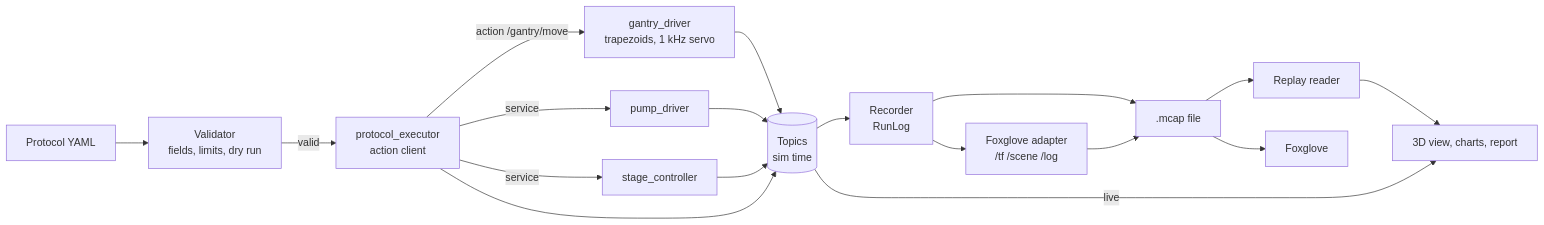
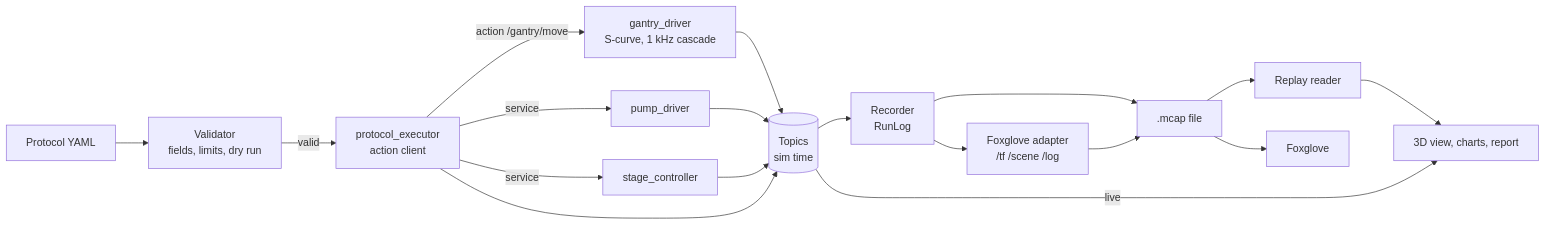
One commit to yashvardhancse/labtwin changed the diagram in README.md. Above: the diagram before and after it, drawn with Mermaid. The commit also changed other lines of this file and 8 other files, not shown here.

````diff
--- a/README.md
+++ b/README.md
@@ -45,20 +45,20 @@
 ```mermaid
 flowchart LR
   P[Protocol YAML] --> V[Validator<br/>fields, limits, dry run]
   V -->|valid| E[protocol_executor<br/>action client]
-  E -->|action /gantry/move| G[gantry_driver<br/>trapezoids, 1 kHz servo]
+  E -->|action /gantry/move| G[gantry_driver<br/>S-curve, 1 kHz cascade]
   E -->|service| PU[pump_driver]
   E -->|service| S[stage_controller]
   G --> T[(Topics<br/>sim time)]
   PU --> T
   S --> T
   E --> T
   T --> R[Recorder<br/>RunLog]
   R --> FA[Foxglove adapter<br/>/tf /scene /log]
   R --> M[.mcap file]
   FA --> M
   M --> RP[Replay reader]
   RP --> UI[3D view, charts, report]
   T -->|live| UI
   M --> FX[Foxglove]
 ```
````
